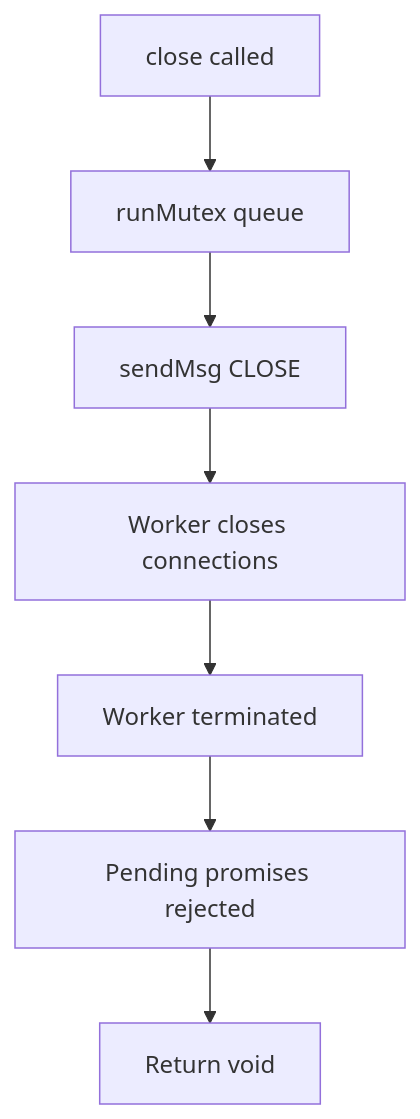
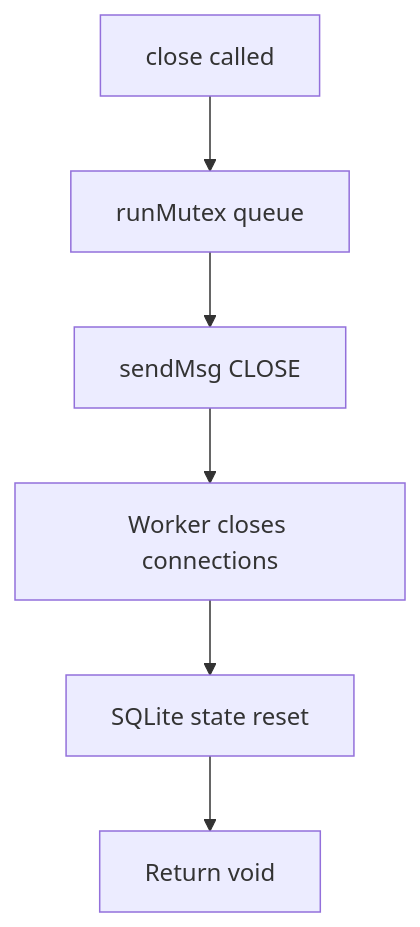
One commit to wuchuheng/web-sqlite-v2 changed the fifth of 12 diagrams in docs/05-design/03-modules/core.md. Above: the diagram before and after it, drawn with Mermaid. The commit also changed other lines of this file and 21 other files, not shown here.

````diff
--- a/docs/05-design/03-modules/core.md
+++ b/docs/05-design/03-modules/core.md
@@ -273,9 +273,8 @@
 ```mermaid
 flowchart TD
     A[close called] --> B[runMutex queue]
     B --> C[sendMsg CLOSE]
     C --> D[Worker closes connections]
-    D --> E[Worker terminated]
-    E --> F[Pending promises rejected]
-    F --> G[Return void]
+    D --> E[SQLite state reset]
+    E --> F[Return void]
 ```
````
